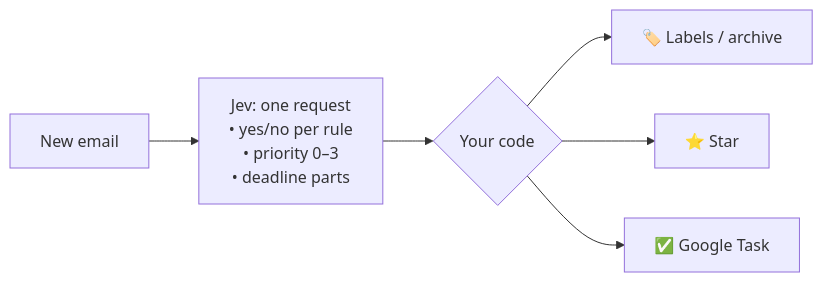
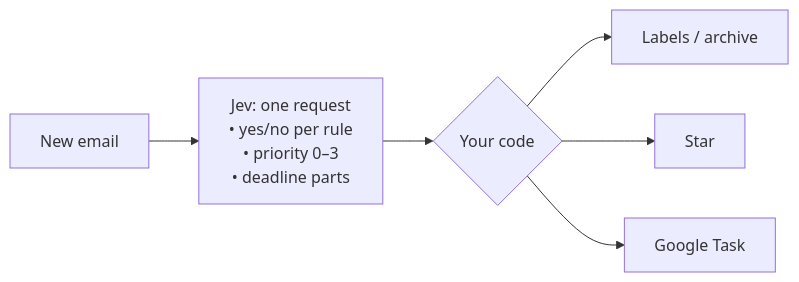
One commit to ziyacivan/jev-mail-filter changed the diagram in README.md. Above: the diagram before and after it, drawn with Mermaid. The commit also changed other lines of this file, not shown here.

````diff
--- a/README.md
+++ b/README.md
@@ -46,8 +44,8 @@
 ```mermaid
 flowchart LR
   A[New email] --> B["Jev: one request<br/>• yes/no per rule<br/>• priority 0–3<br/>• deadline parts"]
   B --> C{Your code}
-  C --> D[🏷️ Labels / archive]
-  C --> E[⭐ Star]
-  C --> F[✅ Google Task]
+  C --> D[Labels / archive]
+  C --> E[Star]
+  C --> F[Google Task]
 ```
````
